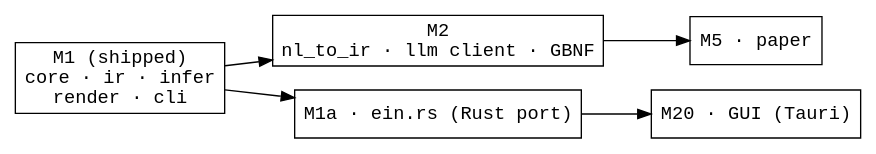
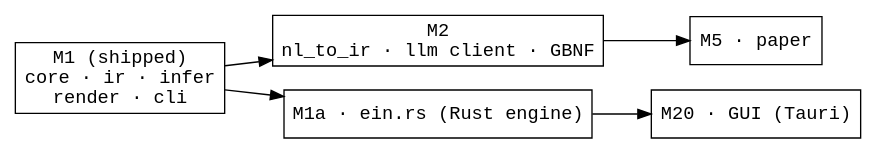
The third of 3 diagrams in docs/kernel/architecture.md (agutikov/ein), drawn with Graphviz before and after one commit. The commit also changed other lines of this file and 403 other files, not shown here.

First line of the commit message:
ein.py wiped from the tree — one engine, described on its own terms

````diff
--- a/docs/kernel/architecture.md
+++ b/docs/kernel/architecture.md
@@ -100,12 +97,12 @@
 ```dot
 digraph milestones {
   rankdir=LR; node [shape=box, fontname="monospace"];
   M1 [label="M1 (shipped)\ncore · ir · infer\nrender · cli"];
   M2 [label="M2\nnl_to_ir · llm client · GBNF"];
   M1 -> M2;
-  M1a [label="M1a · ein.rs (Rust port)"];
+  M1a [label="M1a · ein.rs (Rust engine)"];
   M20 [label="M20 · GUI (Tauri)"];
   M5 [label="M5 · paper"];
   M1 -> M1a -> M20; M2 -> M5;
 }
 ```
````
